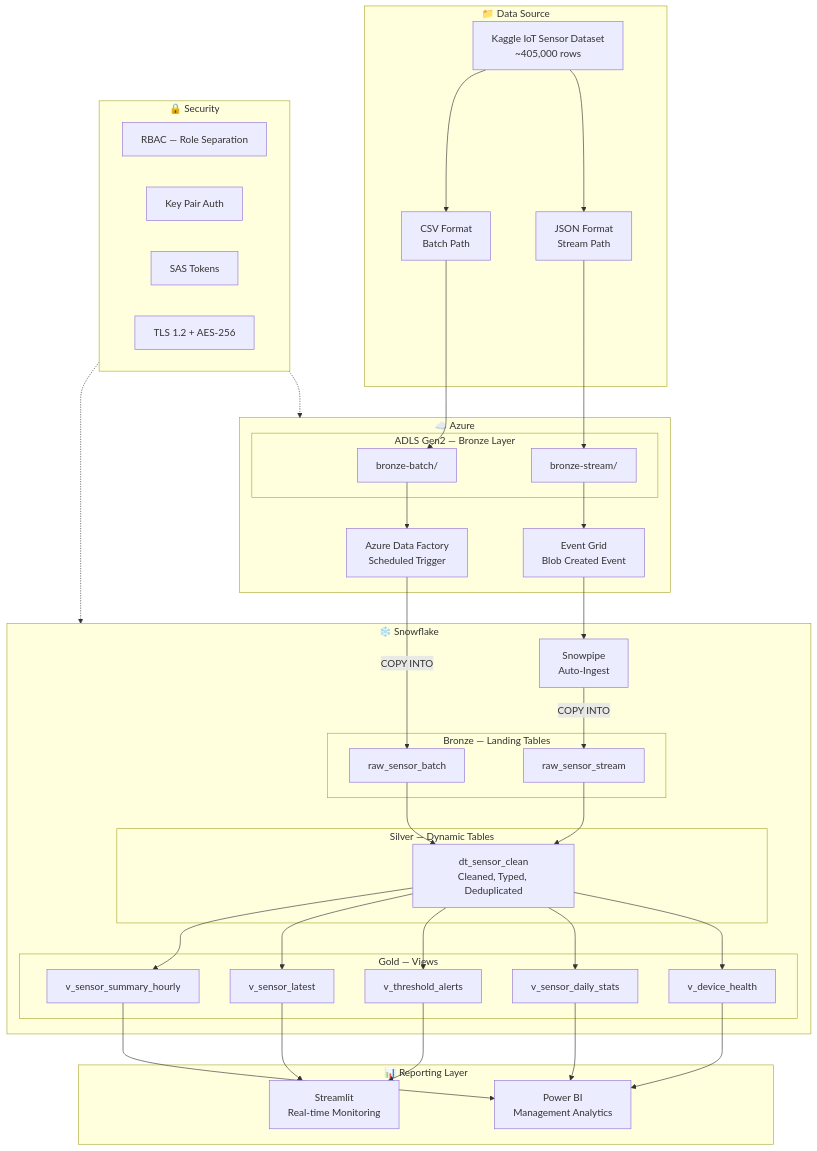
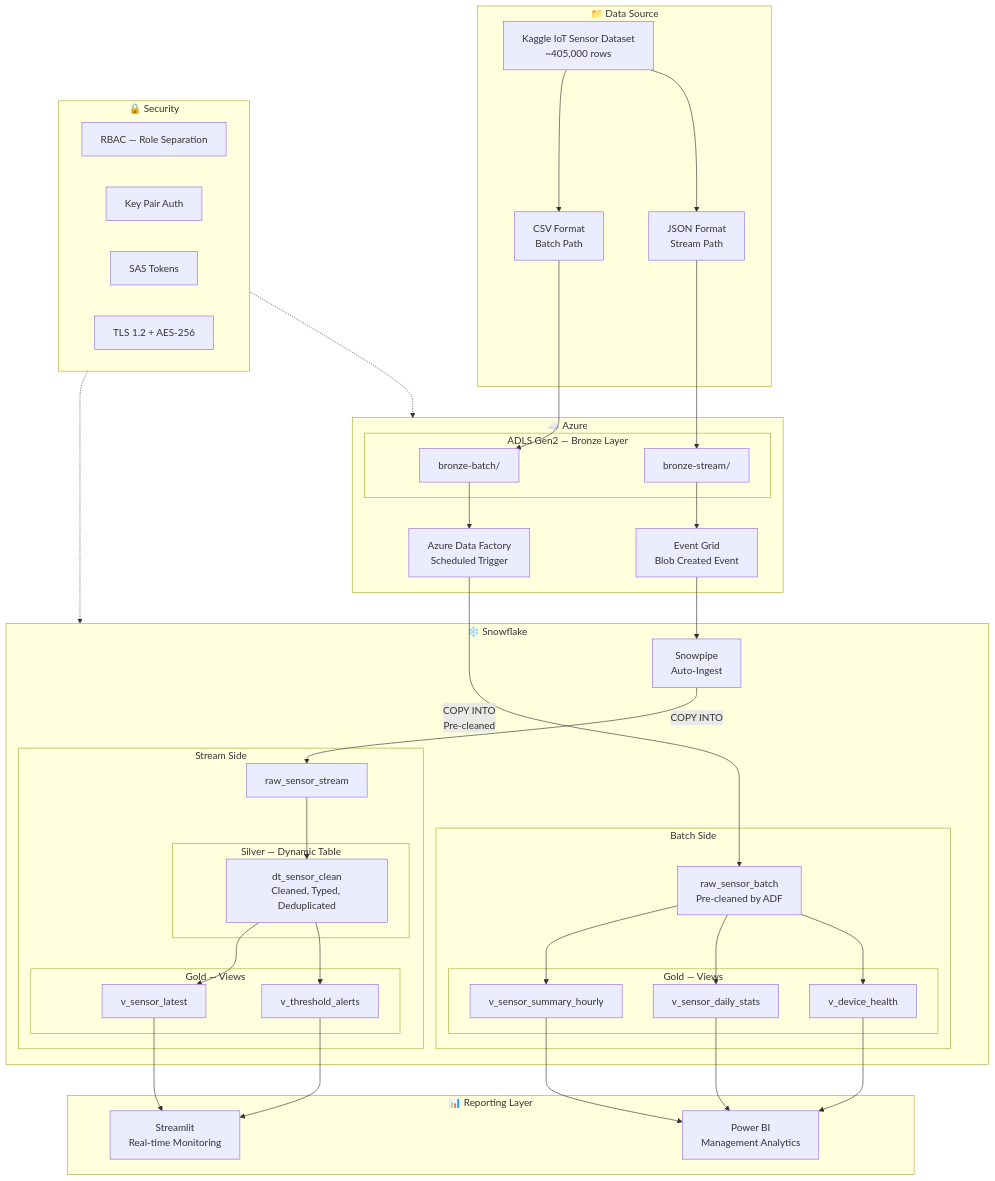
One commit to KSangmuang/azure-snowflake-iot-pipeline changed the first of 4 diagrams in README.md. Above: the diagram before and after it, drawn with Mermaid. The commit also changed other lines of this file, not shown here.

````diff
--- a/README.md
+++ b/README.md
@@ -100,72 +100,75 @@
 ```mermaid
 flowchart TB
     subgraph SOURCE["📁 Data Source"]
         KAGGLE[Kaggle IoT Sensor Dataset<br/>~405,000 rows]
         CSV[CSV Format<br/>Batch Path]
         JSON[JSON Format<br/>Stream Path]
         KAGGLE --> CSV
         KAGGLE --> JSON
     end
 
     subgraph AZURE["☁️ Azure"]
         subgraph ADLS["ADLS Gen2 — Bronze Layer"]
             BATCH_CONTAINER[bronze-batch/]
             STREAM_CONTAINER[bronze-stream/]
         end
         ADF[Azure Data Factory<br/>Scheduled Trigger]
         EG[Event Grid<br/>Blob Created Event]
     end
 
     subgraph SNOWFLAKE["❄️ Snowflake"]
-        subgraph BRONZE_SF["Bronze — Landing Tables"]
-            RAW_BATCH[raw_sensor_batch]
+        subgraph BATCH_SF["Batch Side"]
+            RAW_BATCH[raw_sensor_batch<br/>Pre-cleaned by ADF]
+            subgraph BATCH_GOLD["Gold — Views"]
+                V1[v_sensor_summary_hourly]
+                V4[v_sensor_daily_stats]
+                V5[v_device_health]
+            end
+        end
+        subgraph STREAM_SF["Stream Side"]
             RAW_STREAM[raw_sensor_stream]
-        end
-        subgraph SILVER_SF["Silver — Dynamic Tables"]
-            DT[dt_sensor_clean<br/>Cleaned, Typed, Deduplicated]
-        end
-        subgraph GOLD_SF["Gold — Views"]
-            V1[v_sensor_summary_hourly]
-            V2[v_sensor_latest]
-            V3[v_threshold_alerts]
-            V4[v_sensor_daily_stats]
-            V5[v_device_health]
+            subgraph SILVER_SF["Silver — Dynamic Table"]
+                DT[dt_sensor_clean<br/>Cleaned, Typed, Deduplicated]
+            end
+            subgraph STREAM_GOLD["Gold — Views"]
+                V2[v_sensor_latest]
+                V3[v_threshold_alerts]
+            end
         end
         PIPE[Snowpipe<br/>Auto-Ingest]
     end
 
     subgraph SECURITY["🔒 Security"]
         RBAC[RBAC — Role Separation]
         KP[Key Pair Auth]
         SAS[SAS Tokens]
         TLS[TLS 1.2 + AES-256]
     end
 
     subgraph REPORTING["📊 Reporting Layer"]
         PBI[Power BI<br/>Management Analytics]
         STREAMLIT[Streamlit<br/>Real-time Monitoring]
     end
 
     CSV --> BATCH_CONTAINER
     JSON --> STREAM_CONTAINER
     BATCH_CONTAINER --> ADF
-    ADF -->|COPY INTO| RAW_BATCH
+    ADF -->|COPY INTO<br/>Pre-cleaned| RAW_BATCH
     STREAM_CONTAINER --> EG
     EG --> PIPE
     PIPE -->|COPY INTO| RAW_STREAM
-    RAW_BATCH --> DT
+    RAW_BATCH --> V1
+    RAW_BATCH --> V4
+    RAW_BATCH --> V5
     RAW_STREAM --> DT
-    DT --> V1
     DT --> V2
     DT --> V3
-    DT --> V4
-    DT --> V5
     V1 --> PBI
     V4 --> PBI
     V5 --> PBI
     V2 --> STREAMLIT
     V3 --> STREAMLIT
 
     SECURITY -.-> SNOWFLAKE
     SECURITY -.-> AZURE
 ```
````
